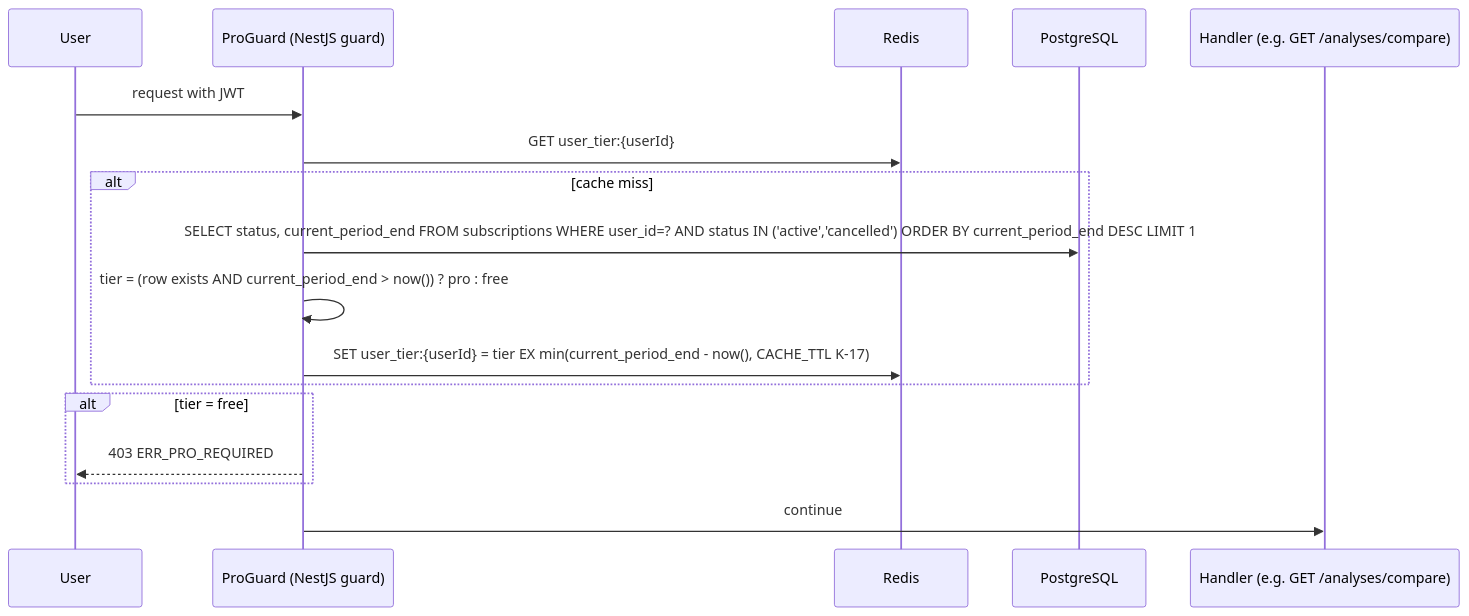
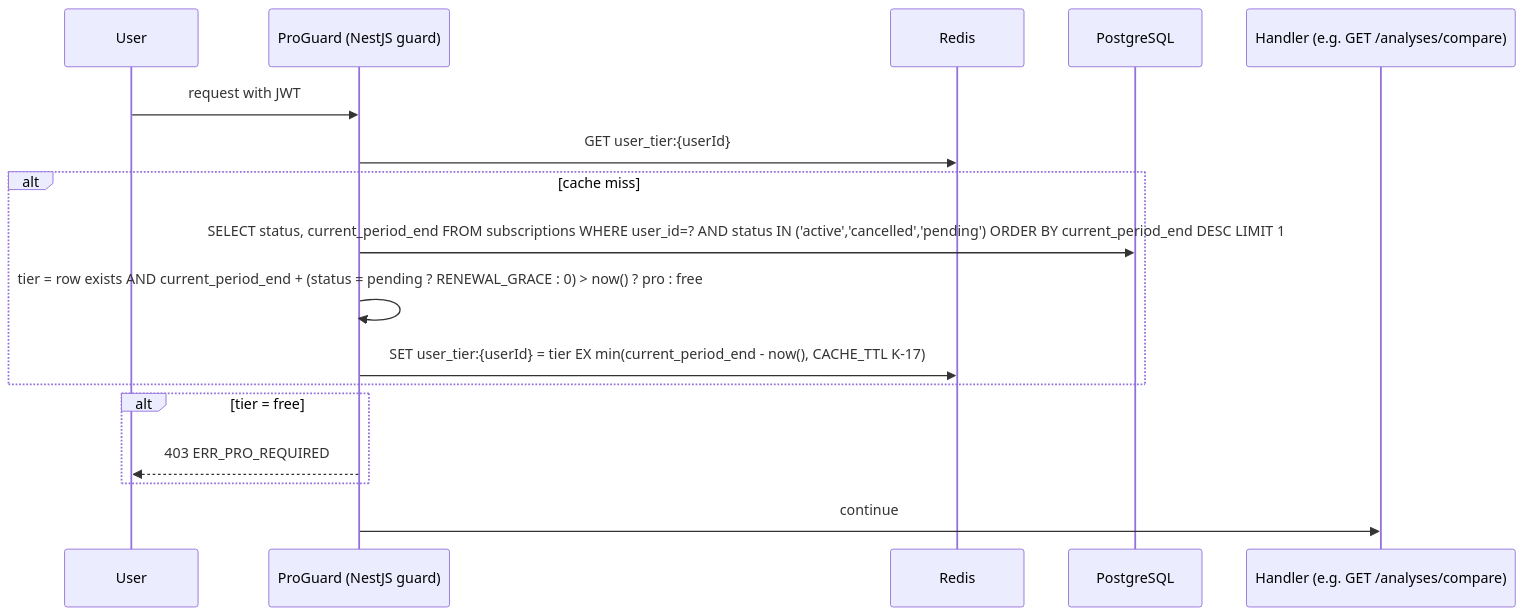
The fifth of 6 diagrams in sovan/spec.md (divii-school/spec-homework), drawn with Mermaid before and after one commit. The commit also changed other lines of this file, not shown here.

Commit message:
docs(spec): v1.3 step 5 — §5.6 subscription state machine (D-04), TBL-008 webhook_events idempotency + stale ordering, checkout TTL, 120 h grace, refunds, cancel-in-request, FR-018/API-020 erasure

````diff
--- a/sovan/spec.md
+++ b/sovan/spec.md
@@ -473,20 +484,20 @@
 ```mermaid
 sequenceDiagram
     participant U as User
     participant G as ProGuard (NestJS guard)
     participant R as Redis
     participant DB as PostgreSQL
     participant H as Handler (e.g. GET /analyses/compare)
 
     U->>G: request with JWT
     G->>R: GET user_tier:{userId}
     alt cache miss
-        G->>DB: SELECT status, current_period_end FROM subscriptions WHERE user_id=? AND status IN ('active','cancelled') ORDER BY current_period_end DESC LIMIT 1
-        G->>G: tier = (row exists AND current_period_end > now()) ? pro : free
+        G->>DB: SELECT status, current_period_end FROM subscriptions WHERE user_id=? AND status IN ('active','cancelled','pending') ORDER BY current_period_end DESC LIMIT 1
+        G->>G: tier = row exists AND current_period_end + (status = pending ? RENEWAL_GRACE : 0) > now() ? pro : free
         G->>R: SET user_tier:{userId} = tier EX min(current_period_end - now(), CACHE_TTL K-17)
     end
     alt tier = free
         G-->>U: 403 ERR_PRO_REQUIRED
     end
     G->>H: continue
 ```
````
